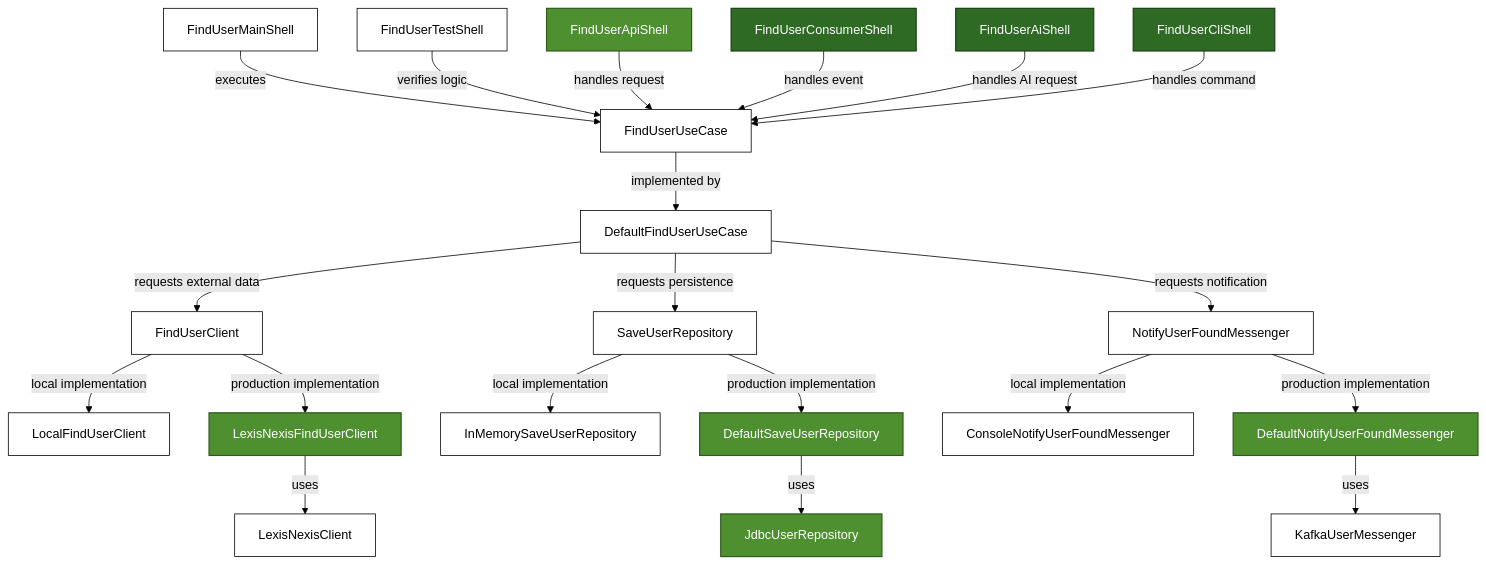
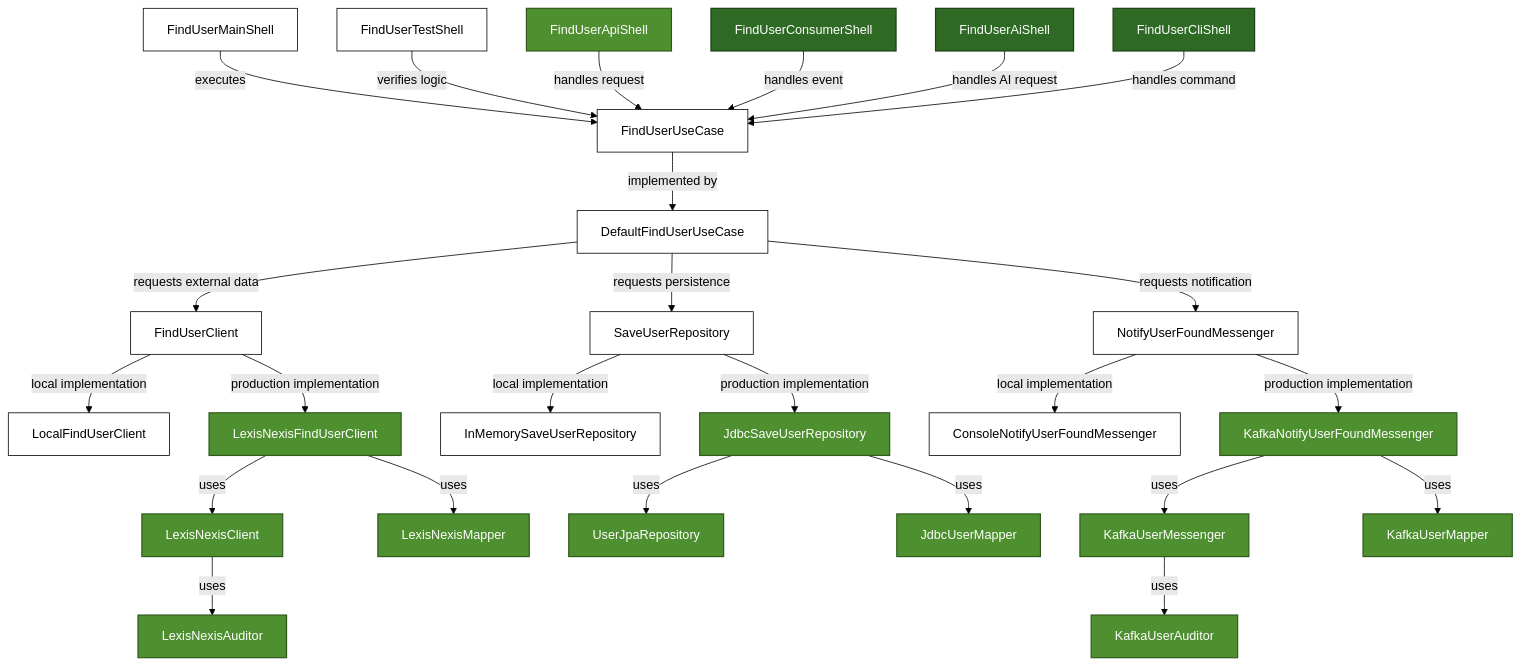
Before and after one commit to hermi-projects/hermi: the diagram in README.md, drawn with Mermaid (forest theme). The commit also changed other lines of this file and 10 other files, not shown here.

Commit message:
refactor: introduce Auditor and Cryptor interfaces to standardize client auditing and encryption logic

````diff
--- a/README.md
+++ b/README.md
@@ -632,59 +651,65 @@
 ```mermaid
 graph TD
     %% Main Shell
     S_Main[FindUserMainShell] -->|executes| U_UseCase
 
     %% JUnit Shell
     S_JUnit[FindUserTestShell] -->|verifies logic| U_UseCase
     
     %% API Shell
     S_Api[FindUserApiShell] -->|handles request| U_UseCase
 
     %% Consumer Shell
     S_Consumer[FindUserConsumerShell] -->|handles event| U_UseCase
 
     %% AI Shell
     S_Ai[FindUserAiShell] -->|handles AI request| U_UseCase
 
     %% CLI Shell
     S_Cli[FindUserCliShell] -->|handles command| U_UseCase
 
     %% Use Case Interface -> Default Implementation
     U_UseCase[FindUserUseCase] -->|implemented by| U_Default[DefaultFindUserUseCase]
     
     %% Default Implementation -> Contracts
     U_Default -->|requests external data| U_Client[FindUserClient]
     U_Default -->|requests persistence| U_Repo[SaveUserRepository]
     U_Default -->|requests notification| U_Messenger[NotifyUserFoundMessenger]
 
     %% Local Implementations
     U_Client -->|local implementation| A_LocalClient[LocalFindUserClient]
     U_Repo -->|local implementation| A_LocalRepo[InMemorySaveUserRepository]
     U_Messenger -->|local implementation| A_LocalMessenger[ConsoleNotifyUserFoundMessenger]
 
-    %% Production Implementations (Updated)
+    %% Production Implementations
     U_Client -->|production implementation| A_ProdClient[LexisNexisFindUserClient]
-    A_ProdClient -->|uses| A_ProdClientImpl[LexisNexisClient]
+    A_ProdClient -->|uses| A_VendorClient[LexisNexisClient]
+    A_ProdClient -->|uses| A_VendorMapper[LexisNexisMapper]
+    A_VendorClient -->|uses| A_ClientAuditor[LexisNexisAuditor]
 
-    U_Repo -->|production implementation| A_ProdRepo[DefaultSaveUserRepository]
-    A_ProdRepo -->|uses| A_ProdRepoImpl[JdbcUserRepository]
+    U_Repo -->|production implementation| A_ProdRepo[JdbcSaveUserRepository]
+    A_ProdRepo -->|uses| A_VendorRepo[UserJpaRepository]
+    A_ProdRepo -->|uses| A_RepoMapper[JdbcUserMapper]
 
-    U_Messenger -->|production implementation| A_ProdMessenger[DefaultNotifyUserFoundMessenger]
-    A_ProdMessenger -->|uses| A_ProdMessengerImpl[KafkaUserMessenger]
+    U_Messenger -->|production implementation| A_ProdMessenger[KafkaNotifyUserFoundMessenger]
+    A_ProdMessenger -->|uses| A_VendorMessenger[KafkaUserMessenger]
+    A_ProdMessenger -->|uses| A_MessengerMapper[KafkaUserMapper]
+    A_VendorMessenger -->|uses| A_MessengerAuditor[KafkaUserAuditor]
 
     %% Styling
     classDef s_local fill:#FFFFFF,color:#000000,stroke:#000000,stroke-width:1px
     classDef s_api fill:#4E8F2F,color:#FFFFFF,stroke:#2F5A1C,stroke-width:1.5px
     classDef s_other fill:#2E6A24,color:#FFFFFF,stroke:#1B3F15,stroke-width:1.5px
     classDef core fill:#FFFFFF,color:#000000,stroke:#000000,stroke-width:1px
 
     %% Assign classes
     class S_Main,A_LocalClient,A_LocalRepo,A_LocalMessenger s_local
     class S_Api s_api
     class S_Consumer,S_Ai,S_Cli s_other
     class S_JUnit core
     class U_UseCase,U_Default,U_Client,U_Repo,U_Messenger core
     class A_ProdClient,A_ProdRepo,A_ProdMessenger s_api
-    class A_ProdClientImpl,A_ProdMessengerImpl core
-    class A_ProdRepoImpl s_api
+    class A_VendorClient,A_VendorRepo,A_VendorMessenger s_api
+    class A_VendorMapper,A_RepoMapper,A_MessengerMapper s_api
+    class A_ClientAuditor,A_MessengerAuditor s_api
 ```
````
